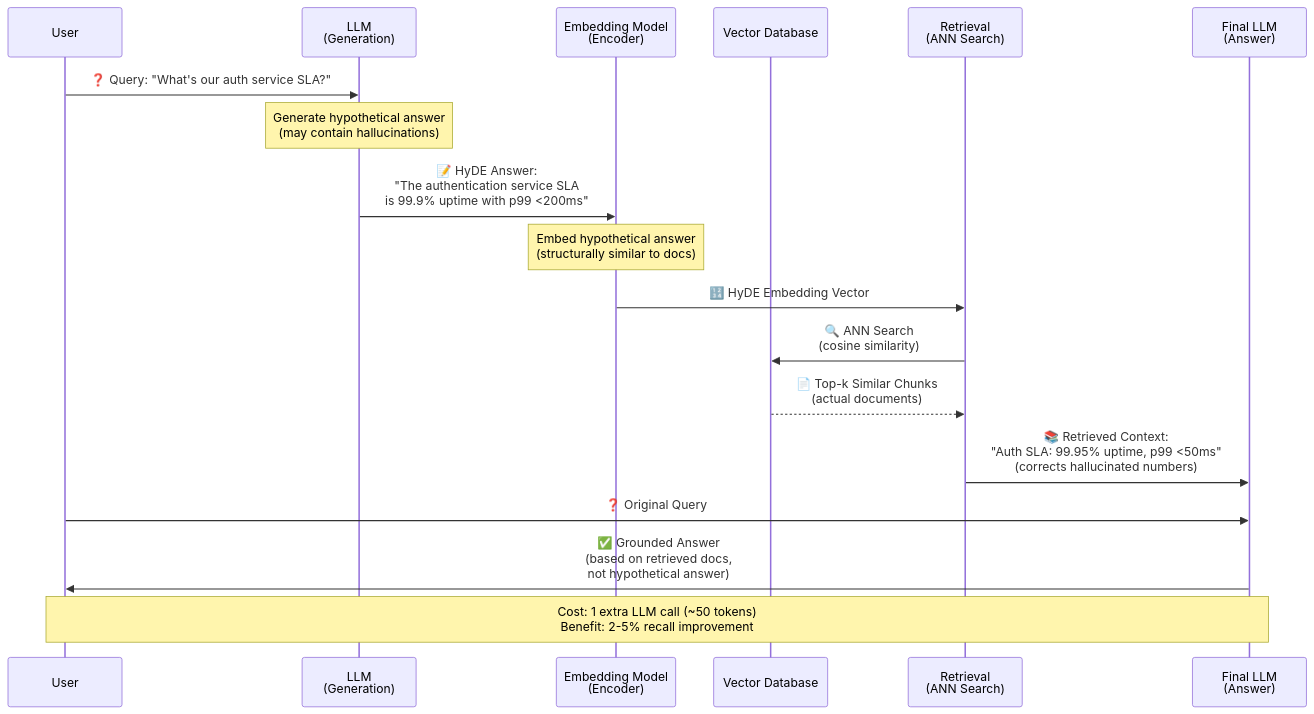
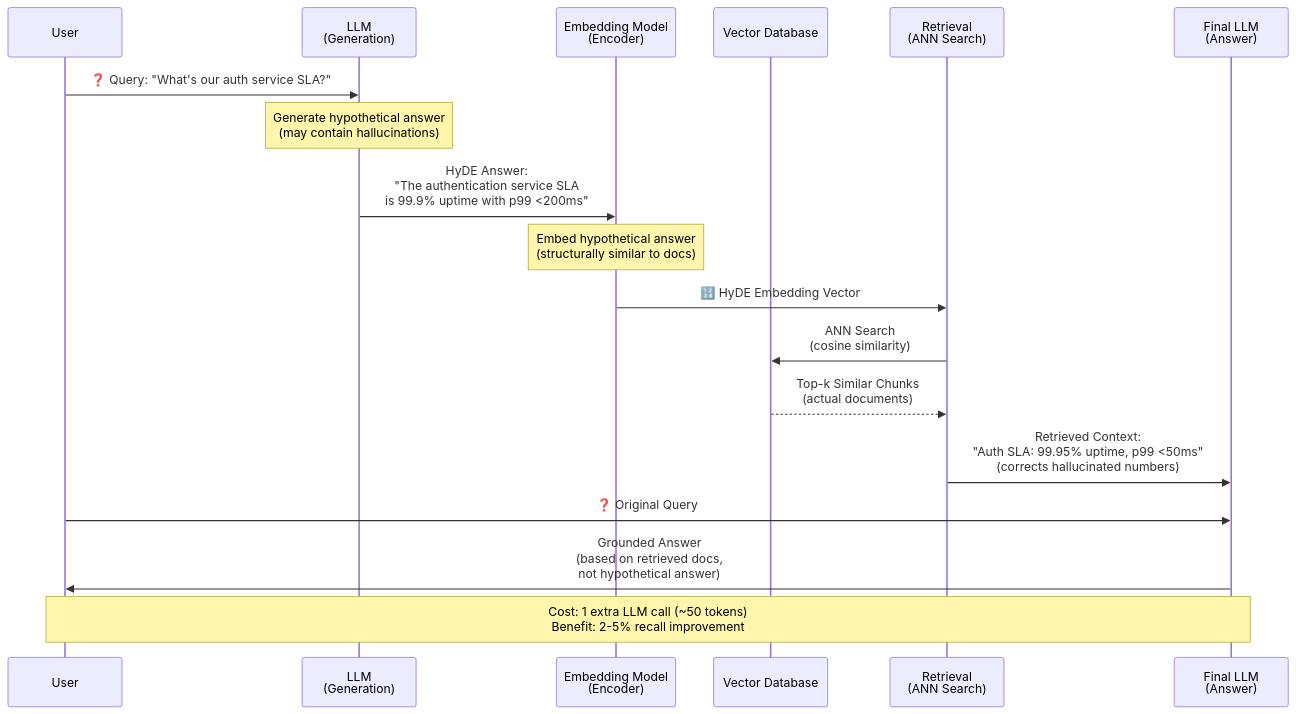
One commit to dsgouda7/ai-portfolio changed the third of 3 diagrams in notes/03a-ai/ch07-rag-and-embeddings/rag-and-embeddings.md. Above: the diagram before and after it, drawn with Mermaid. The commit also changed other lines of this file and 17 other files, not shown here.

````diff
--- a/notes/03a-ai/ch07-rag-and-embeddings/rag-and-embeddings.md
+++ b/notes/03a-ai/ch07-rag-and-embeddings/rag-and-embeddings.md
@@ -499,22 +492,22 @@
 ```mermaid
 sequenceDiagram
-    participant User
-    participant LLM as LLM<br/>(Generation)
-    participant Embed as Embedding Model<br/>(Encoder)
-    participant VDB as Vector Database
-    participant Retrieve as Retrieval<br/>(ANN Search)
-    participant Final as Final LLM<br/>(Answer)
+ participant User
+ participant LLM as LLM<br/>(Generation)
+ participant Embed as Embedding Model<br/>(Encoder)
+ participant VDB as Vector Database
+ participant Retrieve as Retrieval<br/>(ANN Search)
+ participant Final as Final LLM<br/>(Answer)
 
-    User->>LLM: ❓ Query: "What's our auth service SLA?"
-    Note over LLM: Generate hypothetical answer<br/>(may contain hallucinations)
-    LLM->>Embed: 📝 HyDE Answer:<br/>"The authentication service SLA<br/>is 99.9% uptime with p99 <200ms"
-    Note over Embed: Embed hypothetical answer<br/>(structurally similar to docs)
-    Embed->>Retrieve: 🔢 HyDE Embedding Vector
-    Retrieve->>VDB: 🔍 ANN Search<br/>(cosine similarity)
-    VDB-->>Retrieve: 📄 Top-k Similar Chunks<br/>(actual documents)
-    Retrieve->>Final: 📚 Retrieved Context:<br/>"Auth SLA: 99.95% uptime, p99 <50ms"<br/>(corrects hallucinated numbers)
-    User->>Final: ❓ Original Query
-    Final->>User: ✅ Grounded Answer<br/>(based on retrieved docs,<br/>not hypothetical answer)
+ User->>LLM: ❓ Query: "What's our auth service SLA?"
+ Note over LLM: Generate hypothetical answer<br/>(may contain hallucinations)
+ LLM->>Embed: HyDE Answer:<br/>"The authentication service SLA<br/>is 99.9% uptime with p99 <200ms"
+ Note over Embed: Embed hypothetical answer<br/>(structurally similar to docs)
+ Embed->>Retrieve: 🔢 HyDE Embedding Vector
+ Retrieve->>VDB: ANN Search<br/>(cosine similarity)
+ VDB-->>Retrieve: Top-k Similar Chunks<br/>(actual documents)
+ Retrieve->>Final: Retrieved Context:<br/>"Auth SLA: 99.95% uptime, p99 <50ms"<br/>(corrects hallucinated numbers)
+ User->>Final: ❓ Original Query
+ Final->>User: Grounded Answer<br/>(based on retrieved docs,<br/>not hypothetical answer)
 
-    Note over User,Final: Cost: 1 extra LLM call (~50 tokens)<br/>Benefit: 2-5% recall improvement
+ Note over User,Final: Cost: 1 extra LLM call (~50 tokens)<br/>Benefit: 2-5% recall improvement
 ```
````
